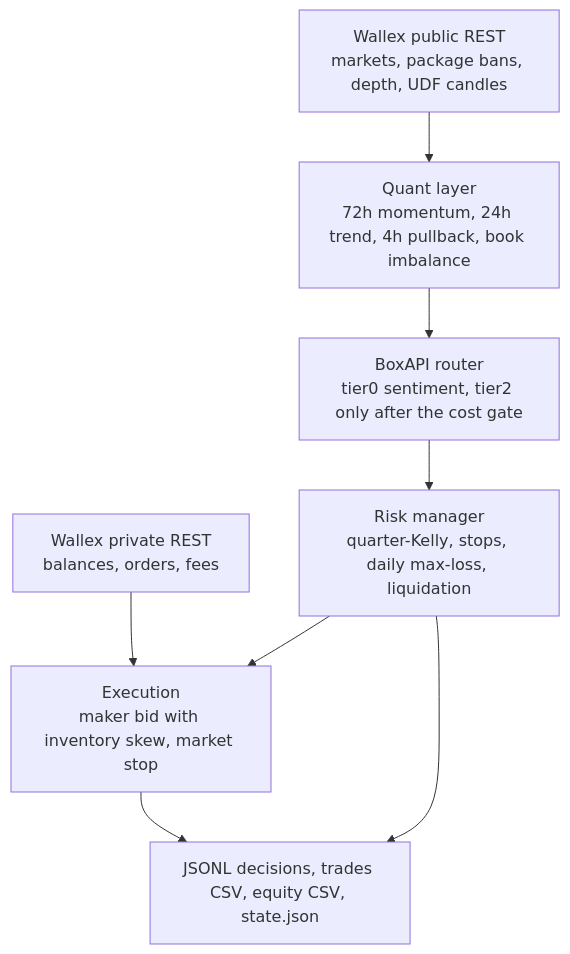
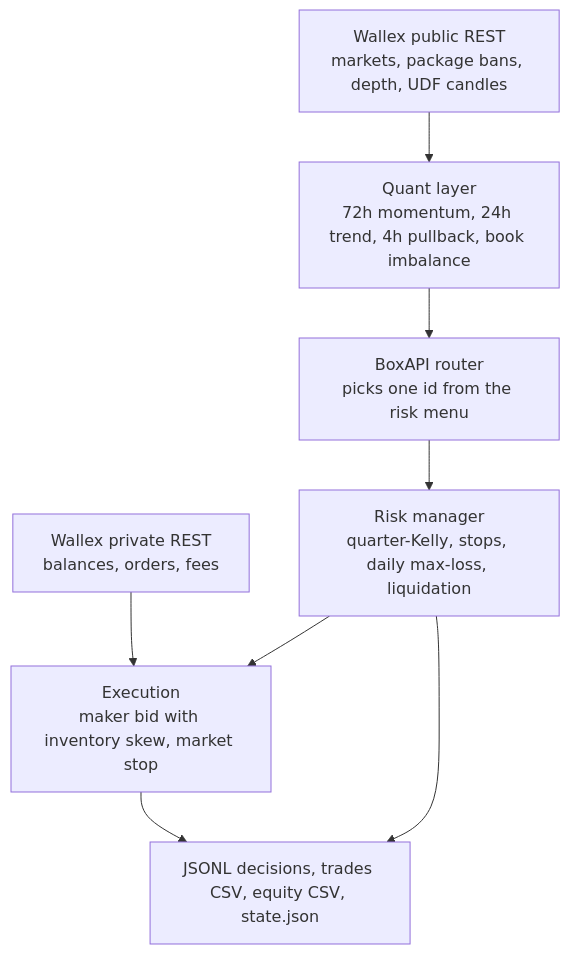
One commit to alikarami76/wallex-ai-trader changed the diagram in STRATEGY.md. Above: the diagram before and after it, drawn with Mermaid. The commit also changed other lines of this file and 7 other files, not shown here.

````diff
--- a/STRATEGY.md
+++ b/STRATEGY.md
@@ -7,18 +7,18 @@
 ```mermaid
 flowchart TD
   public["Wallex public REST<br/>markets, package bans, depth, UDF candles"]
   private["Wallex private REST<br/>balances, orders, fees"]
   quant["Quant layer<br/>72h momentum, 24h trend, 4h pullback, book imbalance"]
-  agent["BoxAPI router<br/>tier0 sentiment, tier2 only after the cost gate"]
+  agent["BoxAPI router<br/>picks one id from the risk menu"]
   risk["Risk manager<br/>quarter-Kelly, stops, daily max-loss, liquidation"]
   exec["Execution<br/>maker bid with inventory skew, market stop"]
   journal["JSONL decisions, trades CSV, equity CSV, state.json"]
 
   public --> quant
   quant --> agent
   agent --> risk
   risk --> exec
   private --> exec
   exec --> journal
   risk --> journal
 ```
````
